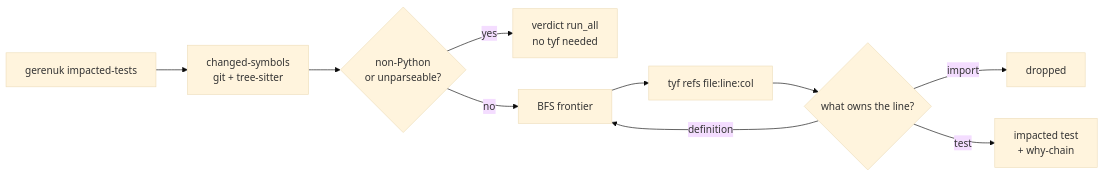
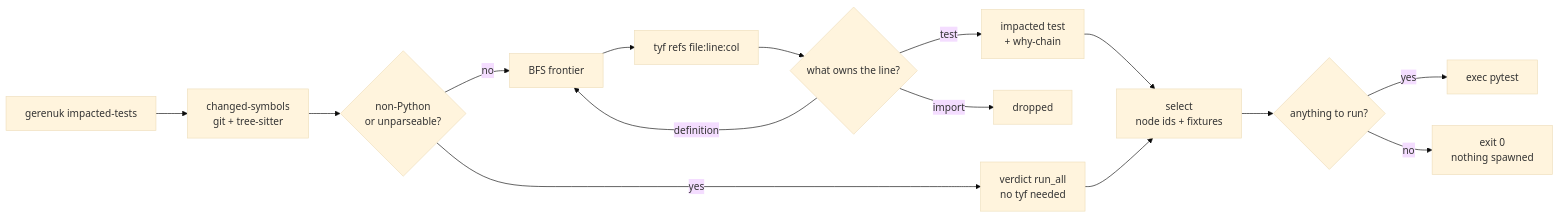
One commit to mojzis/gerenuk changed the first of 2 diagrams in docs/src/how-it-works.md. Above: the diagram before and after it, drawn with Mermaid (base theme). The commit also changed other lines of this file and 34 other files, not shown here.

First line of the commit message:
Add run: turn impacted tests into a pytest invocation

````diff
--- a/docs/src/how-it-works.md
+++ b/docs/src/how-it-works.md
@@ -14,12 +19,17 @@
 ```mermaid
 flowchart LR
     H[gerenuk impacted-tests] --> I[changed-symbols<br/>git + tree-sitter]
     I --> J{non-Python<br/>or unparseable?}
     J -- yes --> K[verdict run_all<br/>no tyf needed]
     J -- no --> L[BFS frontier]
     L --> M["tyf refs file:line:col"]
     M --> N{what owns the line?}
     N -- import --> P[dropped]
     N -- definition --> L
     N -- test --> O[impacted test<br/>+ why-chain]
+    O --> Q[select<br/>node ids + fixtures]
+    K --> Q
+    Q --> R{anything to run?}
+    R -- yes --> S[exec pytest]
+    R -- no --> T[exit 0<br/>nothing spawned]
 ```
````
